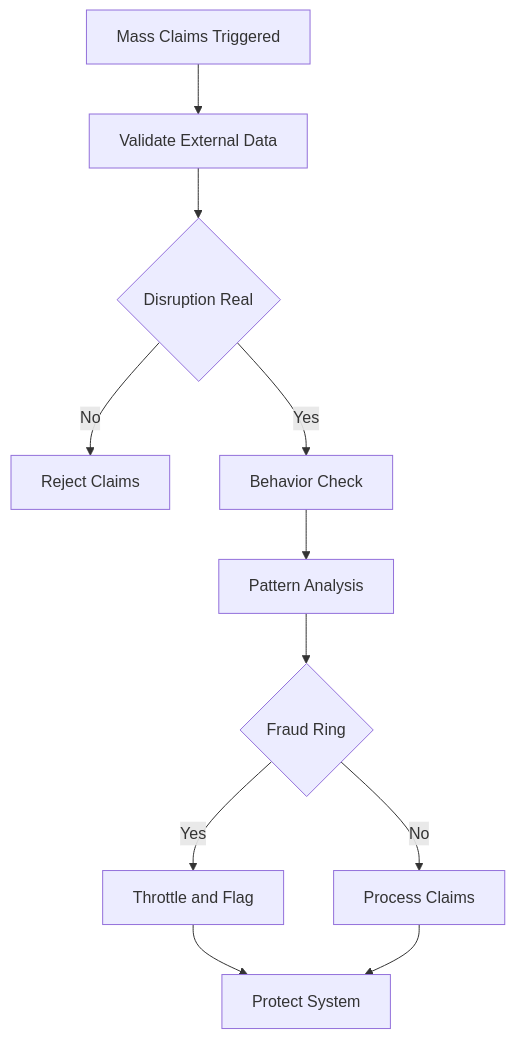
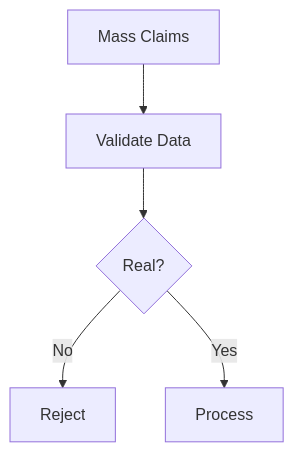
Before and after one commit to NithyaShriSK/Guidewire-Hackathon-project: the second of 2 diagrams in README.md, drawn with Mermaid. The commit also changed other lines of this file, not shown here.

````diff
--- a/README.md
+++ b/README.md
@@ -88,17 +124,7 @@
 ```mermaid
 flowchart TD
-    A[Mass Claims Triggered] --> B[Validate External Data]
-    B --> C{Disruption Real}
-
-    C -->|No| D[Reject Claims]
-    C -->|Yes| E[Behavior Check]
-
-    E --> F[Pattern Analysis]
-    F --> G{Fraud Ring}
-
-    G -->|Yes| H[Throttle and Flag]
-    G -->|No| I[Process Claims]
-
-    H --> J[Protect System]
-    I --> J
+    A[Mass Claims] --> B[Validate Data]
+    B --> C{Real?}
+    C -->|No| D[Reject]
+    C -->|Yes| E[Process]
 ```
````
